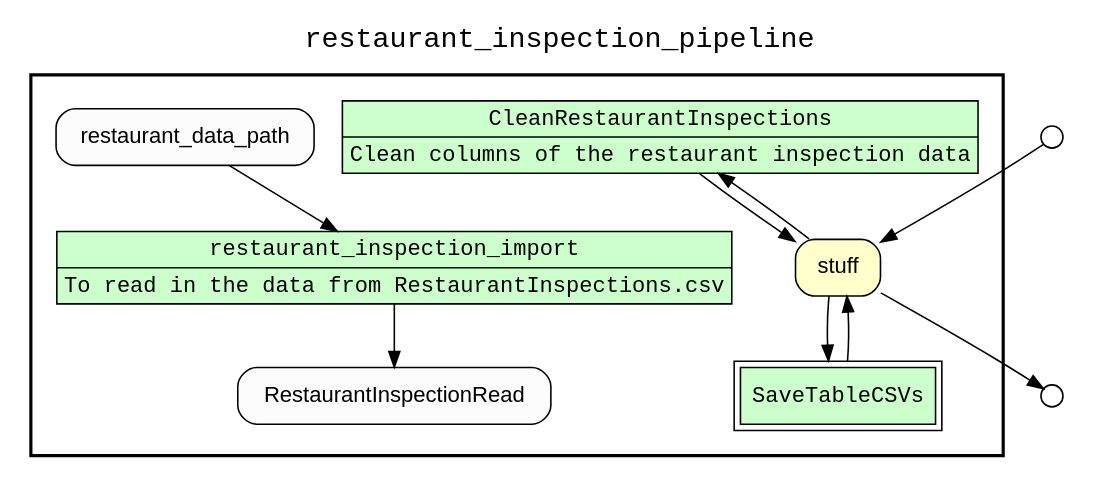
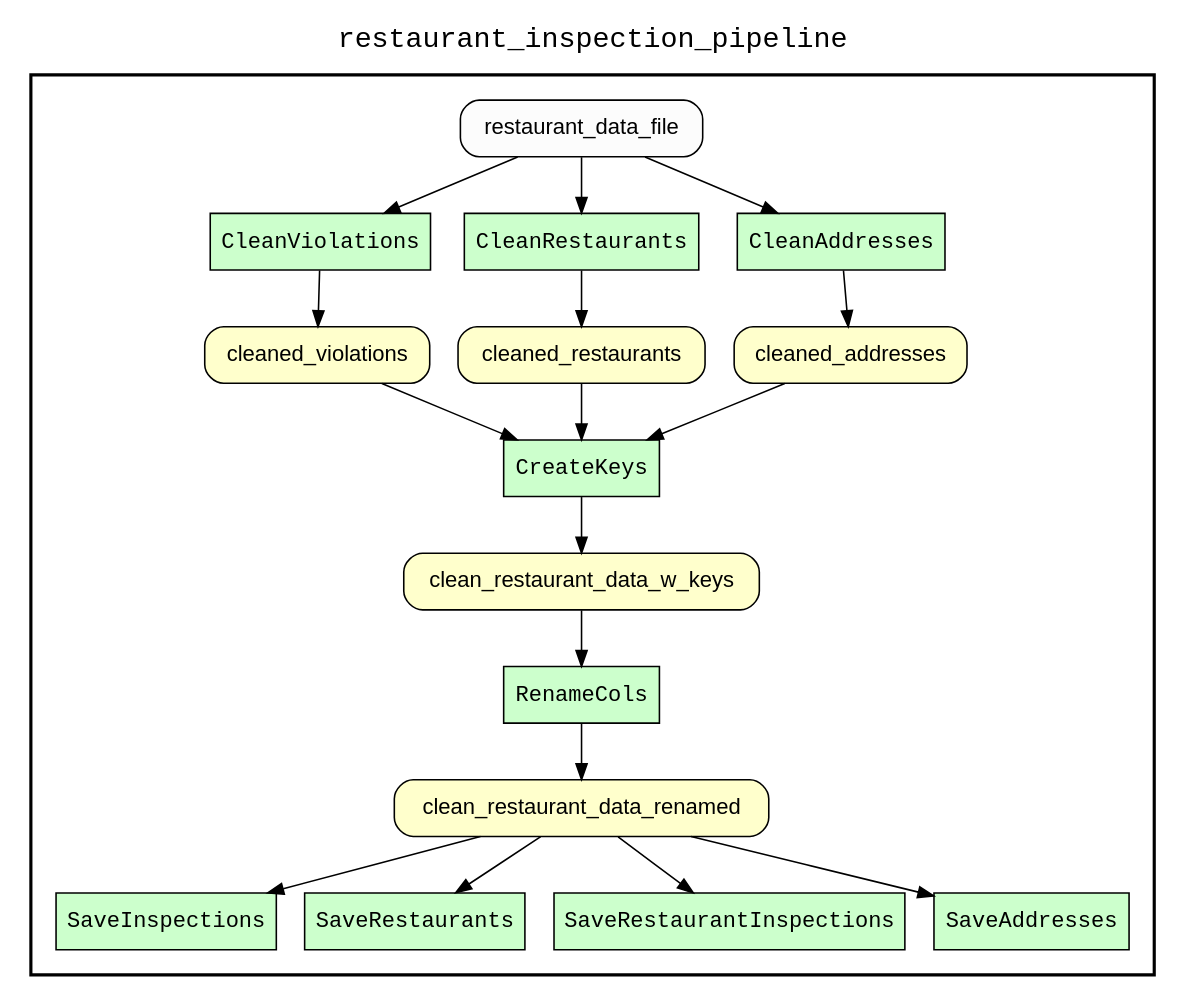
One commit to TylerLott/data-clean-proj changed the diagram in workflow/results/complete_wf_graph_uri.gv. Above: the diagram before and after it, drawn with Graphviz. The commit also changed 12 other files, not shown here.

Commit message:
better yesworkflow diagram

```diff
--- a/workflow/results/complete_wf_graph_uri.gv
+++ b/workflow/results/complete_wf_graph_uri.gv
@@ -1,34 +1,49 @@
 digraph Workflow {
 rankdir=TB
 fontname=Courier; fontsize=18; labelloc=t
 label=restaurant_inspection_pipeline
 subgraph cluster_workflow_box_outer { label=""; color=black; penwidth=2
 subgraph cluster_workflow_box_inner { label=""; color=white
 node[shape=box style=filled fillcolor="#CCFFCC" peripheries=1 fontname=Courier]
-restaurant_inspection_import [shape=record rankdir=LR label="{<f0> restaurant_inspection_import |<f1> To read in the data from RestaurantInspections.csv}"];
-node[shape=box style=filled fillcolor="#CCFFCC" peripheries=2 fontname=Courier]
-CleanRestaurantInspections [shape=record rankdir=LR label="{<f0> CleanRestaurantInspections |<f1> Clean columns of the restaurant inspection data}"];
-SaveTableCSVs
+CleanViolations
+CleanRestaurants
+CleanAddresses
+CreateKeys
+RenameCols
+SaveInspections
+SaveRestaurants
+SaveRestaurantInspections
+SaveAddresses
 node[shape=box style="rounded,filled" fillcolor="#FFFFCC" peripheries=1 fontname=Helvetica]
-stuff
+cleaned_violations
+cleaned_restaurants
+cleaned_addresses
+clean_restaurant_data_w_keys
+clean_restaurant_data_renamed
 node[shape=box style="rounded,filled" fillcolor="#FCFCFC" peripheries=1 fontname=Helvetica]
-restaurant_inspection_import -> RestaurantInspectionRead
-restaurant_data_path -> restaurant_inspection_import
-CleanRestaurantInspections -> stuff
-stuff -> CleanRestaurantInspections
-SaveTableCSVs -> stuff
-stuff -> SaveTableCSVs
+CleanViolations -> cleaned_violations
+restaurant_data_file -> CleanViolations
+CleanRestaurants -> cleaned_restaurants
+restaurant_data_file -> CleanRestaurants
+CleanAddresses -> cleaned_addresses
+restaurant_data_file -> CleanAddresses
+CreateKeys -> clean_restaurant_data_w_keys
+cleaned_violations -> CreateKeys
+cleaned_restaurants -> CreateKeys
+cleaned_addresses -> CreateKeys
+RenameCols -> clean_restaurant_data_renamed
+clean_restaurant_data_w_keys -> RenameCols
+clean_restaurant_data_renamed -> SaveInspections
+clean_restaurant_data_renamed -> SaveRestaurants
+clean_restaurant_data_renamed -> SaveRestaurantInspections
+clean_restaurant_data_renamed -> SaveAddresses
 }}
 subgraph cluster_input_ports_group_outer { label=""; color=white
 subgraph cluster_input_ports_group_inner { label=""; color=white
 node[shape=circle style="rounded,filled" fillcolor="#FFFFFF" peripheries=1 fontname=Helvetica width=0.2]
-stuff_input_port [label=""]
 }}
 subgraph cluster_output_ports_group_outer { label=""; color=white
 subgraph cluster_output_ports_group_inner { label=""; color=white
 node[shape=circle style="rounded,filled" fillcolor="#FFFFFF" peripheries=1 fontname=Helvetica width=0.2]
-stuff_output_port [label=""]
 }}
-stuff_input_port -> stuff
-stuff -> stuff_output_port
 }
```
